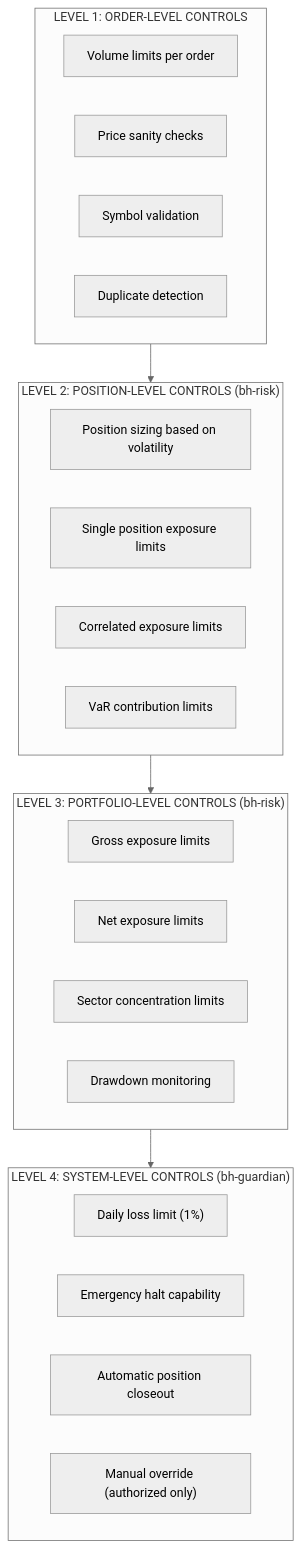
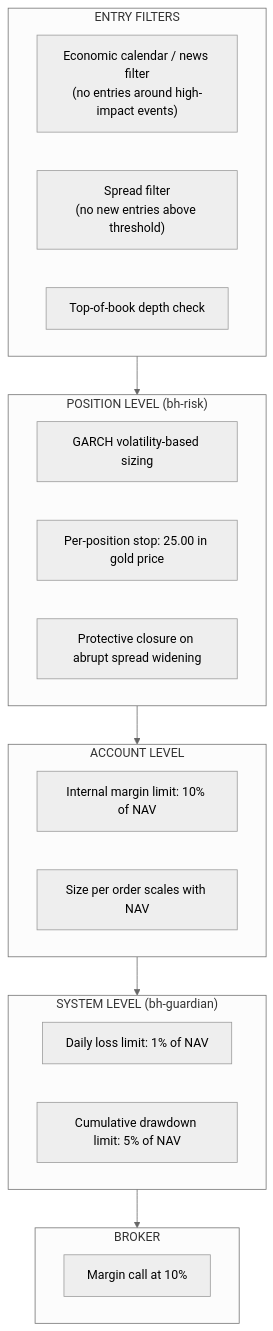
The first of 2 diagrams in docs/risk-management/framework.md (blackholefund/external_docs), drawn with Mermaid (neutral theme) before and after one commit. The commit also changed other lines of this file and 17 other files, not shown here.

````diff
--- a/docs/risk-management/framework.md
+++ b/docs/risk-management/framework.md
@@ -23,34 +28,30 @@
 ```mermaid
 flowchart TB
-    subgraph Level1["LEVEL 1: ORDER-LEVEL CONTROLS"]
-        O1["Volume limits per order"]
-        O2["Price sanity checks"]
-        O3["Symbol validation"]
-        O4["Duplicate detection"]
+    subgraph Level1["ENTRY FILTERS"]
+        F1["Economic calendar / news filter\n(no entries around high-impact events)"]
+        F2["Spread filter\n(no new entries above threshold)"]
+        F3["Top-of-book depth check"]
     end
 
-    subgraph Level2["LEVEL 2: POSITION-LEVEL CONTROLS (bh-risk)"]
-        P1["Position sizing based on volatility"]
-        P2["Single position exposure limits"]
-        P3["Correlated exposure limits"]
-        P4["VaR contribution limits"]
+    subgraph Level2["POSITION LEVEL (bh-risk)"]
+        P1["GARCH volatility-based sizing"]
+        P2["Per-position stop: 25.00 in gold price"]
+        P3["Protective closure on abrupt spread widening"]
     end
 
-    subgraph Level3["LEVEL 3: PORTFOLIO-LEVEL CONTROLS (bh-risk)"]
-        Po1["Gross exposure limits"]
-        Po2["Net exposure limits"]
-        Po3["Sector concentration limits"]
-        Po4["Drawdown monitoring"]
+    subgraph Level3["ACCOUNT LEVEL"]
+        A1["Internal margin limit: 10% of NAV"]
+        A2["Size per order scales with NAV"]
     end
 
-    subgraph Level4["LEVEL 4: SYSTEM-LEVEL CONTROLS (bh-guardian)"]
-        S1["Daily loss limit (1%)"]
-        S2["Emergency halt capability"]
-        S3["Automatic position closeout"]
-        S4["Manual override (authorized only)"]
+    subgraph Level4["SYSTEM LEVEL (bh-guardian)"]
+        S1["Daily loss limit: 1% of NAV"]
+        S2["Cumulative drawdown limit: 5% of NAV"]
     end
 
-    Level1 --> Level2
-    Level2 --> Level3
-    Level3 --> Level4
+    subgraph Level5["BROKER"]
+        B1["Margin call at 10%"]
+    end
+
+    Level1 --> Level2 --> Level3 --> Level4 --> Level5
 ```
````
